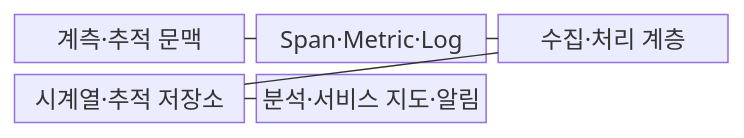
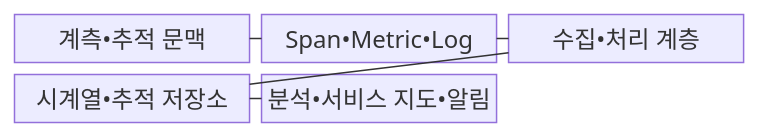
Before and after one commit to agnusdei1207/knowledge-base: the first of 2 diagrams in src/content/docs/notes/06-evaluation/008_apm_application_performance_management.md, drawn with Mermaid. The commit also changed other lines of this file and 953 other files, not shown here.

````diff
--- a/src/content/docs/notes/06-evaluation/008_apm_application_performance_management.md
+++ b/src/content/docs/notes/06-evaluation/008_apm_application_performance_management.md
@@ -66,13 +66,13 @@
 ```mermaid
 block-beta
   columns 3
-  I["계측·추적 문맥"]
-  S["Span·Metric·Log"]
-  C["수집·처리 계층"]
-  D["시계열·추적 저장소"]
-  A["분석·서비스 지도·알림"]
+  I["계측•추적 문맥"]
+  S["Span•Metric•Log"]
+  C["수집•처리 계층"]
+  D["시계열•추적 저장소"]
+  A["분석•서비스 지도•알림"]
   I --- S
   S --- C
   C --- D
   D --- A
 ```
````
